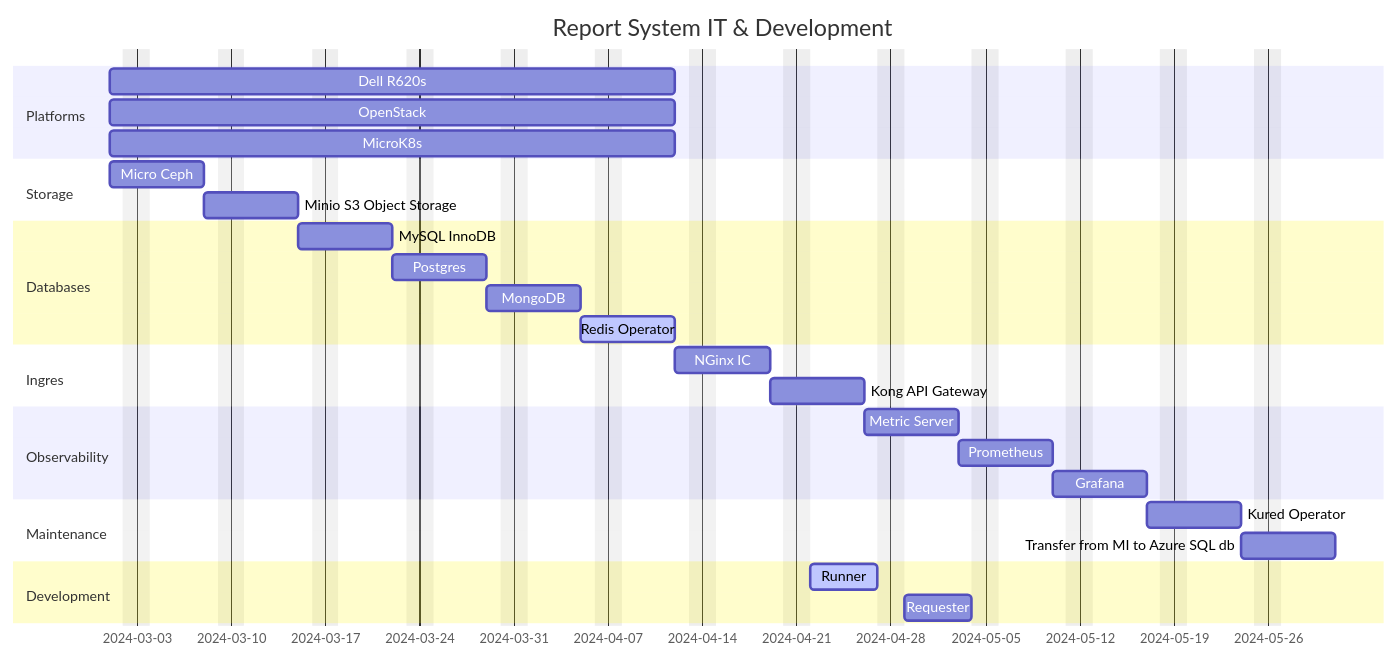
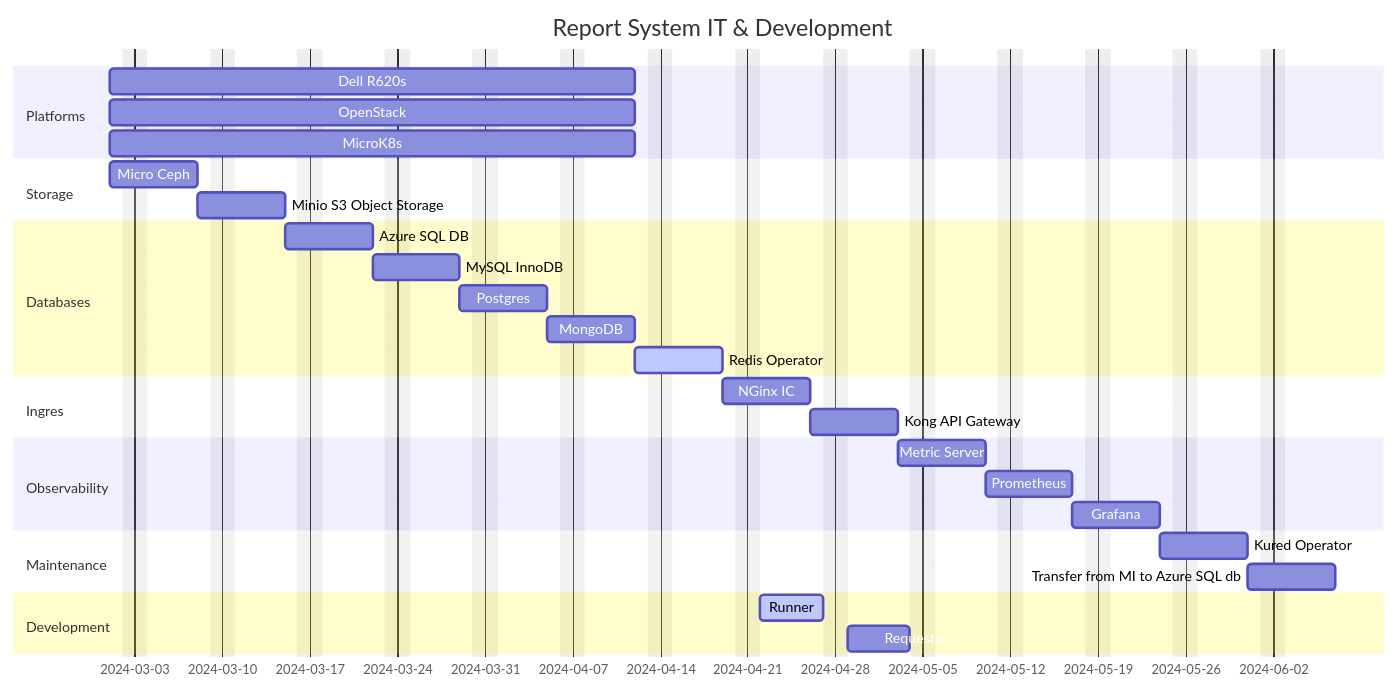
One commit to brentgroves/status changed the second of 6 diagrams in report_system/report_system_status.md. Above: the diagram before and after it, drawn with Mermaid. The commit also changed other lines of this file and 1 other file, not shown here.

````diff
--- a/report_system/report_system_status.md
+++ b/report_system/report_system_status.md
@@ -10,40 +37,41 @@
 ```mermaid
 gantt
     dateFormat  YYYY-MM-DD
     title       Report System IT & Development
     excludes    weekends
     %% (`excludes` accepts specific dates in YYYY-MM-DD format, days of the week ("sunday") or "weekends", but not the word "weekdays".)
 
     section Platforms
     Dell R620s                :p1,2024-03-01,30d
     OpenStack                 :p2,2024-03-01,30d
     MicroK8s                  :p3,2024-03-01,30d
 
     section Storage
     Micro Ceph                :s1,2024-03-01,5d
     Minio S3 Object Storage   :s2,after s1, 5d
 
     section Databases
-    MySQL InnoDB              :db1,after s2,5d
-    Postgres                  :db2, after db1, 5d
-    MongoDB                   :db3, after db2, 5d
-    Redis Operator            :active,db4, after db3, 5d
+    Azure SQL DB              :db1,after s2,5d
+    MySQL InnoDB              :db2,after db1,5d
+    Postgres                  :db3, after db2, 5d
+    MongoDB                   :db4, after db3, 5d
+    Redis Operator            :active,db5, after db4, 5d
 
     section Ingres
-    NGinx IC                  :i1,after db4, 5d
+    NGinx IC                  :i1,after db5, 5d
     Kong API Gateway          :i2, after i1, 5d  
 
     section Observability
     Metric Server             :o1,after i2,5d
     Prometheus                :o2,after o1,5d
     Grafana                   :o3,after o2,5d
 
     section Maintenance
     Kured Operator            :m1,after o3, 5d
     Transfer from MI to Azure SQL db :m2, after m1,5d
 
     section Development
     Runner                  :active,d1,2024-04-22,5d
     Requester               :d2,after d1,5d
 
 ```
````
